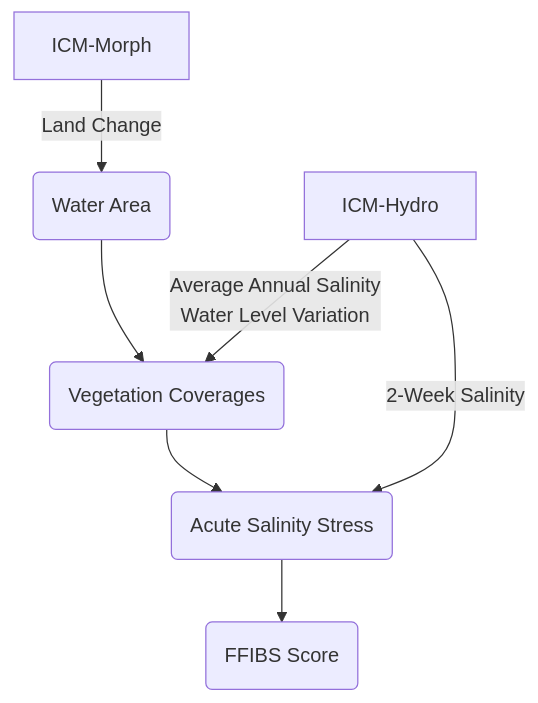
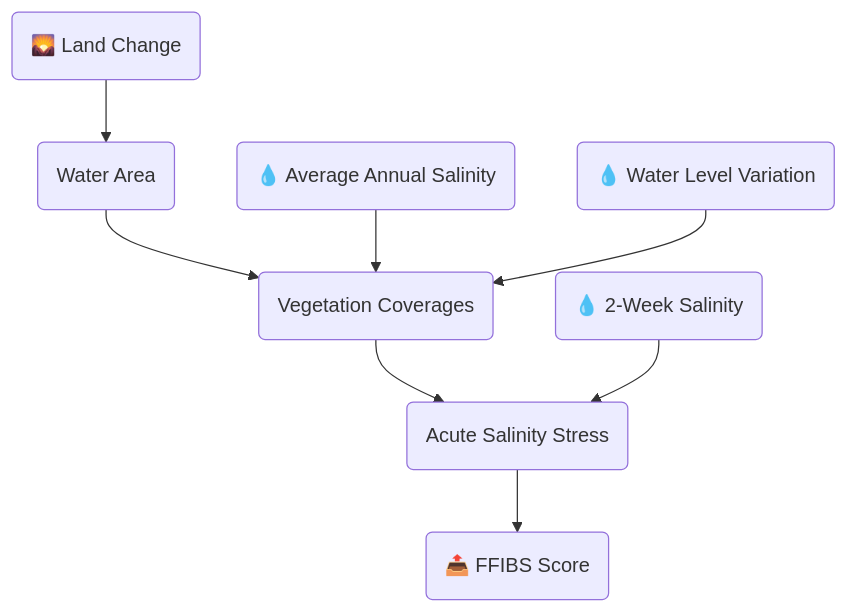
One commit to pscedu/cpra-documentation changed the sixth of 9 diagrams in README.md. Above: the diagram before and after it, drawn with Mermaid. The commit also changed other lines of this file, not shown here.

````diff
--- a/README.md
+++ b/README.md
@@ -106,9 +106,10 @@
 ```mermaid
 flowchart TD
-    M[ICM-Morph] -->|Land Change| WA(Water Area)
+    LC(🌄 Land Change) --> WA(Water Area)
     WA --> VC(Vegetation Coverages)
-    H[ICM-Hydro] -->|Average Annual Salinity\nWater Level Variation| VC
+    AASal(💧 Average Annual Salinity) --> VC
+    WLV(💧 Water Level Variation) --> VC
     VC --> SS(Acute Salinity Stress)
-    H -->|2-Week Salinity| SS
-    SS --> FFIBS(FFIBS Score)
+    2WkSal(💧 2-Week Salinity) --> SS
+    SS --> FFIBS(📤 FFIBS Score)
 ```
````
